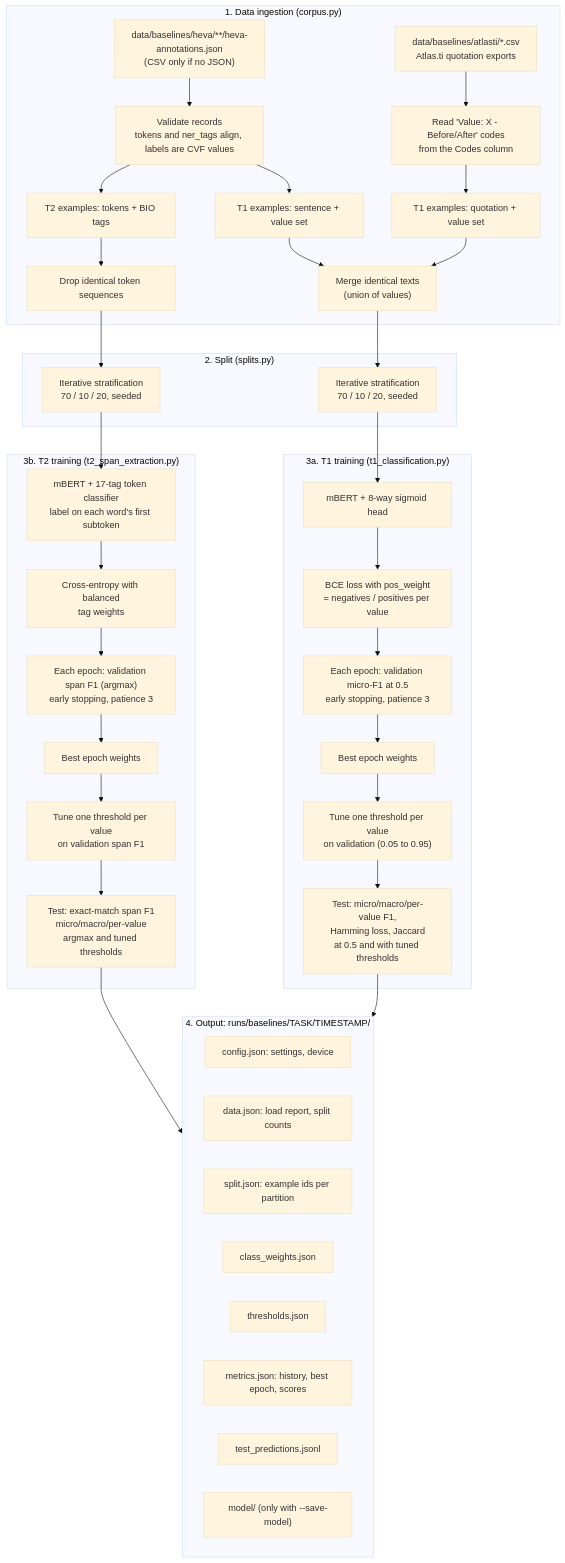
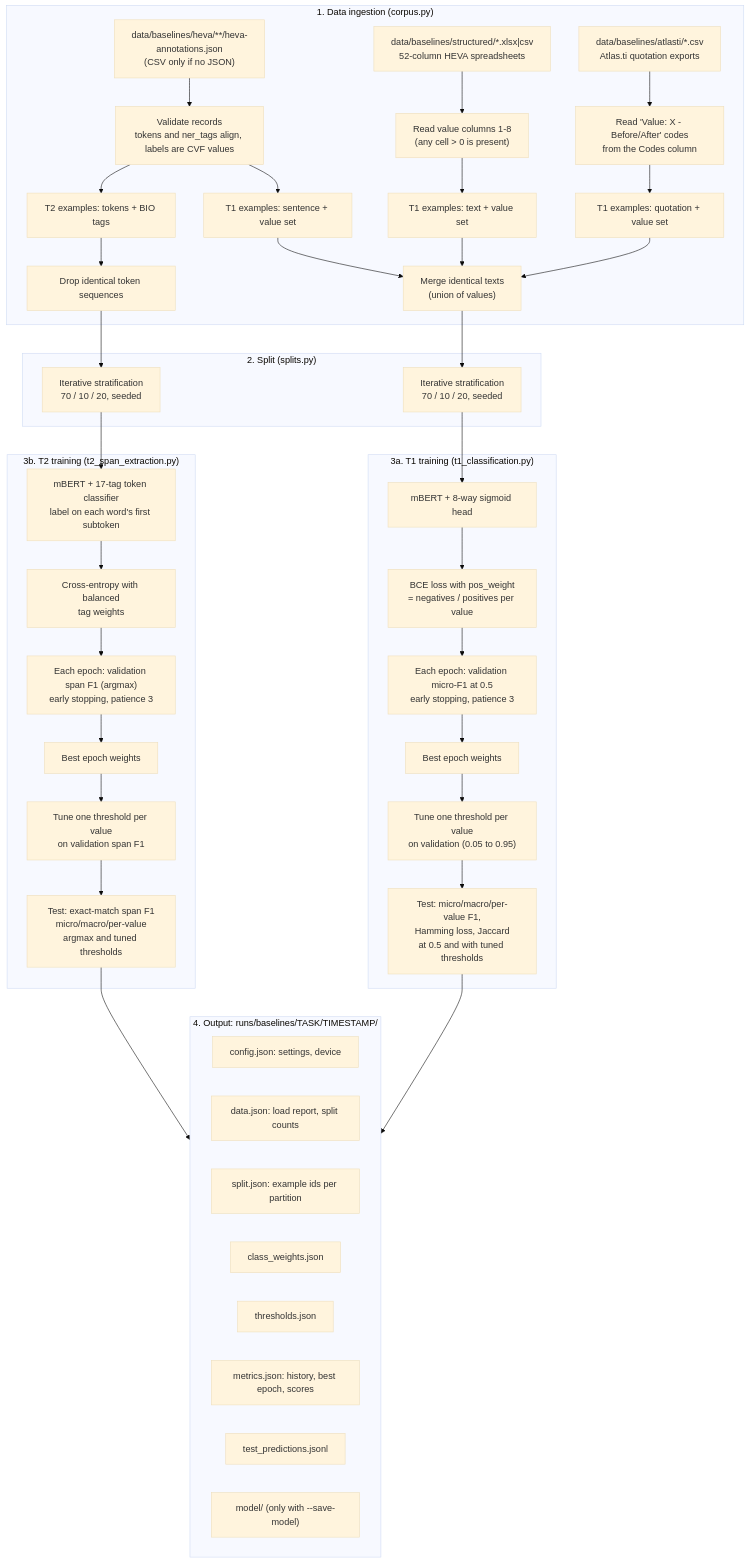
One commit to zzbn12345/HEVA_toolkit changed the diagram in src/heva/baselines/README.md. Above: the diagram before and after it, drawn with Mermaid (base theme). The commit also changed other lines of this file and 6 other files, not shown here.

First line of the commit message:
feat: read structured HEVA spreadsheets for T1

````diff
--- a/src/heva/baselines/README.md
+++ b/src/heva/baselines/README.md
@@ -45,52 +45,56 @@
 ```mermaid
 flowchart TD
     subgraph INGEST["1. Data ingestion (corpus.py)"]
         H["data/baselines/heva/**/heva-annotations.json<br/>(CSV only if no JSON)"]
+        S["data/baselines/structured/*.xlsx|csv<br/>52-column HEVA spreadsheets"]
         A["data/baselines/atlasti/*.csv<br/>Atlas.ti quotation exports"]
+        S --> SV["Read value columns 1-8<br/>(any cell > 0 is present)"]
+        SV --> T1S["T1 examples: text + value set"]
+        T1S --> D1
         H --> HV["Validate records<br/>tokens and ner_tags align, labels are CVF values"]
         A --> AV["Read 'Value: X - Before/After' codes<br/>from the Codes column"]
         HV --> T1H["T1 examples: sentence + value set"]
         HV --> T2H["T2 examples: tokens + BIO tags"]
         AV --> T1A["T1 examples: quotation + value set"]
         T1H --> D1["Merge identical texts<br/>(union of values)"]
         T1A --> D1
         T2H --> D2["Drop identical token sequences"]
     end
 
     subgraph SPLIT["2. Split (splits.py)"]
         D1 --> S1["Iterative stratification<br/>70 / 10 / 20, seeded"]
         D2 --> S2["Iterative stratification<br/>70 / 10 / 20, seeded"]
     end
 
     subgraph T1["3a. T1 training (t1_classification.py)"]
         S1 --> M1["mBERT + 8-way sigmoid head"]
         M1 --> L1["BCE loss with pos_weight<br/>= negatives / positives per value"]
         L1 --> E1["Each epoch: validation micro-F1 at 0.5<br/>early stopping, patience 3"]
         E1 --> B1["Best epoch weights"]
         B1 --> TH1["Tune one threshold per value<br/>on validation (0.05 to 0.95)"]
         TH1 --> EV1["Test: micro/macro/per-value F1,<br/>Hamming loss, Jaccard<br/>at 0.5 and with tuned thresholds"]
     end
 
     subgraph T2["3b. T2 training (t2_span_extraction.py)"]
         S2 --> M2["mBERT + 17-tag token classifier<br/>label on each word's first subtoken"]
         M2 --> L2["Cross-entropy with balanced<br/>tag weights"]
         L2 --> E2["Each epoch: validation span F1 (argmax)<br/>early stopping, patience 3"]
         E2 --> B2["Best epoch weights"]
         B2 --> TH2["Tune one threshold per value<br/>on validation span F1"]
         TH2 --> EV2["Test: exact-match span F1<br/>micro/macro/per-value<br/>argmax and tuned thresholds"]
     end
 
     subgraph OUT["4. Output: runs/baselines/TASK/TIMESTAMP/"]
         O1["config.json: settings, device"]
         O2["data.json: load report, split counts"]
         O3["split.json: example ids per partition"]
         O4["class_weights.json"]
         O5["thresholds.json"]
         O6["metrics.json: history, best epoch, scores"]
         O7["test_predictions.jsonl"]
         O8["model/ (only with --save-model)"]
     end
 
     EV1 --> OUT
     EV2 --> OUT
 ```
````
